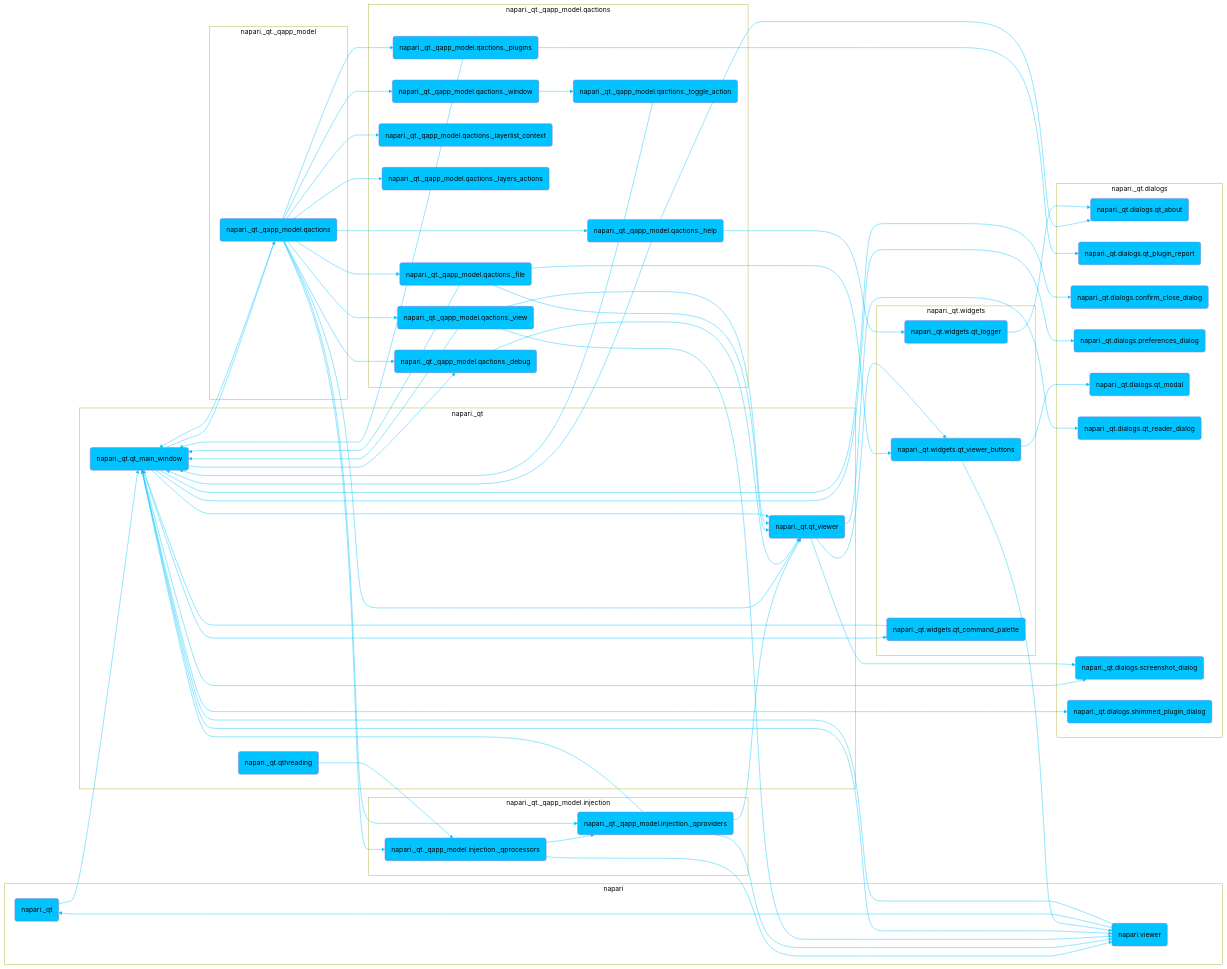
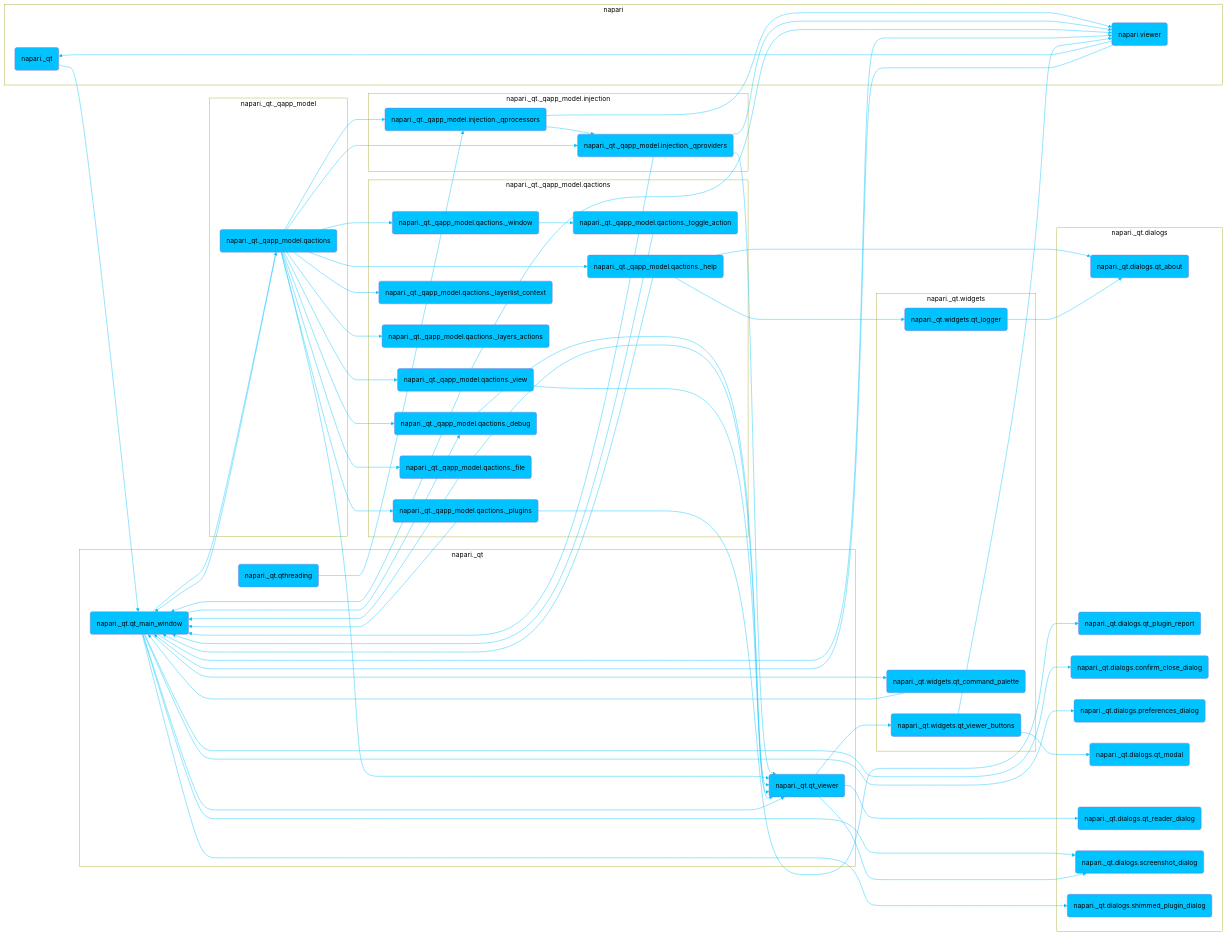
One commit to melissawm/napari.github.io changed the diagram in dev/_sources/developers/architecture/ui_sections/application_menus_ui.md. Above: the diagram before and after it, drawn with Mermaid. The commit also changed 683 other files, not shown here.

```diff
--- a/dev/_sources/developers/architecture/ui_sections/application_menus_ui.md
+++ b/dev/_sources/developers/architecture/ui_sections/application_menus_ui.md
@@ -36,7 +36,6 @@
 	napari._qt._qapp_model.qactions._file(napari._qt._qapp_model.qactions._file)
 	napari._qt._qapp_model.qactions._file --> napari._qt.qt_main_window
 	napari._qt._qapp_model.qactions._file --> napari._qt.qt_viewer
-	napari._qt._qapp_model.qactions._file --> napari._qt.widgets.qt_viewer_buttons
 	click napari._qt._qapp_model.qactions._file "https://github.com/napari/napari/tree/main/napari/_qt/_qapp_model/qactions/_file.py" _blank
 	napari._qt._qapp_model.qactions._help(napari._qt._qapp_model.qactions._help)
 	napari._qt._qapp_model.qactions._help --> napari._qt.dialogs.qt_about
```
